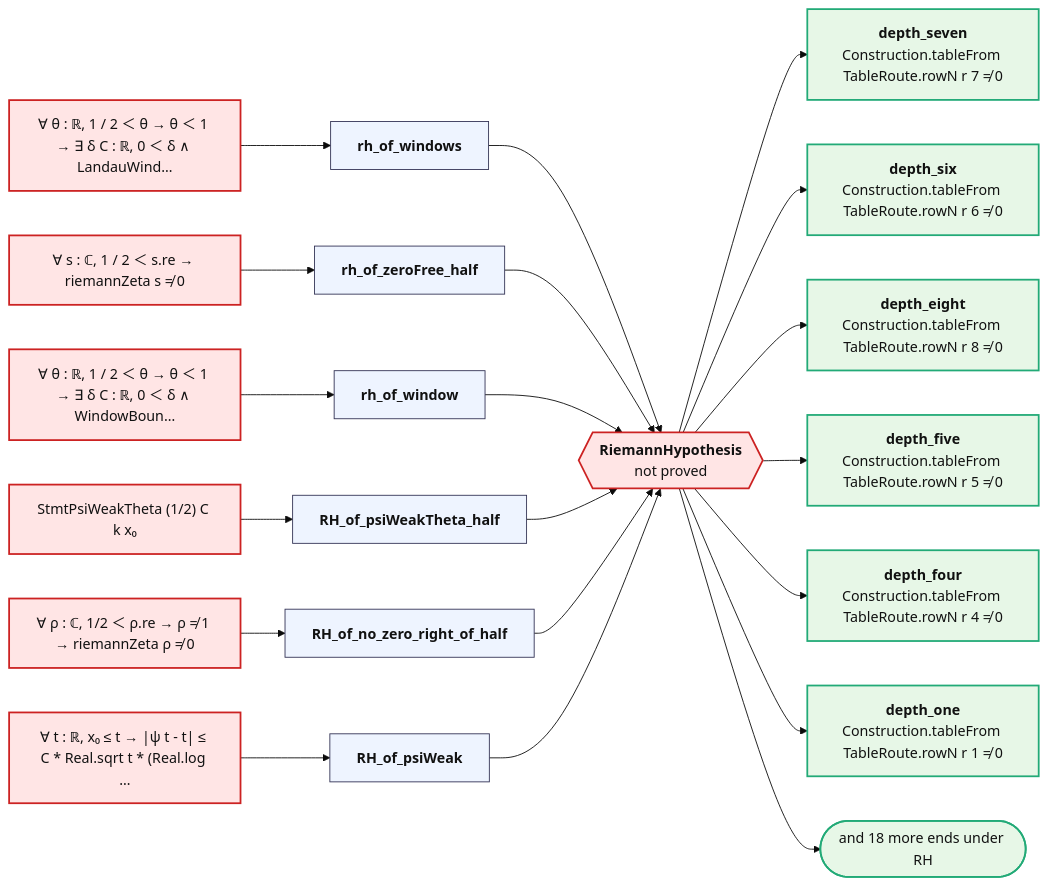
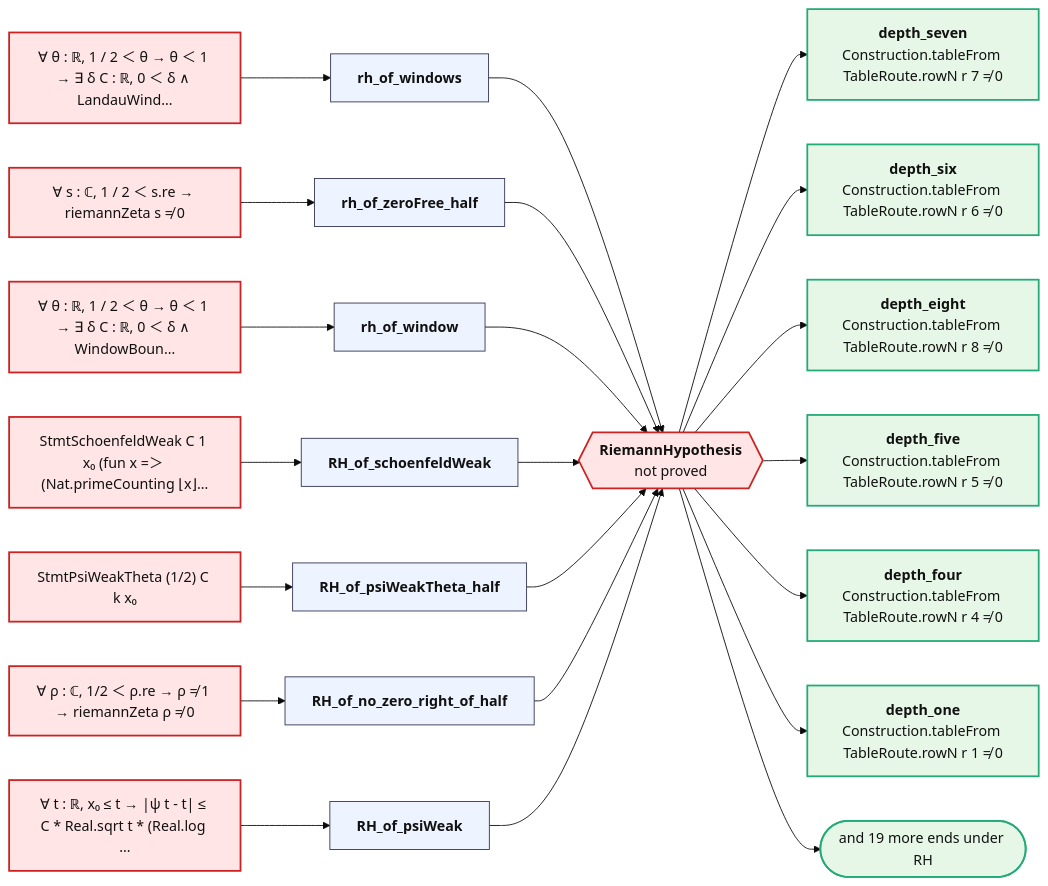
One commit to juliansambranojr/Primebeat_081426 changed the diagram in map/ROAD.md. Above: the diagram before and after it, drawn with Mermaid (base theme). The commit also changed other lines of this file and 54 other files, not shown here.

First line of the commit message:
PiToPsi.lean, CellResidual.lean: RH holds exactly when every cell's residual, on every dyadic ladder, stays at square-root size (RH_iff_cells); RH is the square-root bound on pi minus Li (RH_iff_schoenfeldWeak); forward on the table itself (table_cell_resid); joint T5 SEALED; units 0427, 0428 logged

````diff
--- a/map/ROAD.md
+++ b/map/ROAD.md
@@ -5,41 +5,44 @@
 ```mermaid
 flowchart LR
   rh{{"<b>RiemannHypothesis</b><br/>not proved"}}:::bad
   p0["∀ θ : ℝ, 1 / 2 ＜ θ → θ ＜ 1 → ∃ δ C : ℝ, 0 ＜ δ ∧ LandauWind…"]:::bad
   t0["<b>rh_of_windows</b>"]:::thm
   p0 --> t0 --> rh
   p1["∀ s : ℂ, 1 / 2 ＜ s.re → riemannZeta s ≠ 0"]:::bad
   t1["<b>rh_of_zeroFree_half</b>"]:::thm
   p1 --> t1 --> rh
   p2["∀ θ : ℝ, 1 / 2 ＜ θ → θ ＜ 1 → ∃ δ C : ℝ, 0 ＜ δ ∧ WindowBoun…"]:::bad
   t2["<b>rh_of_window</b>"]:::thm
   p2 --> t2 --> rh
-  p3["StmtPsiWeakTheta (1/2) C k x₀"]:::bad
-  t3["<b>RH_of_psiWeakTheta_half</b>"]:::thm
+  p3["StmtSchoenfeldWeak C 1 x₀ (fun x =＞ (Nat.primeCounting ⌊x⌋…"]:::bad
+  t3["<b>RH_of_schoenfeldWeak</b>"]:::thm
   p3 --> t3 --> rh
-  p4["∀ ρ : ℂ, 1/2 ＜ ρ.re → ρ ≠ 1 → riemannZeta ρ ≠ 0"]:::bad
-  t4["<b>RH_of_no_zero_right_of_half</b>"]:::thm
+  p4["StmtPsiWeakTheta (1/2) C k x₀"]:::bad
+  t4["<b>RH_of_psiWeakTheta_half</b>"]:::thm
   p4 --> t4 --> rh
-  p5["∀ t : ℝ, x₀ ≤ t → |ψ t - t| ≤ C * Real.sqrt t * (Real.log …"]:::bad
-  t5["<b>RH_of_psiWeak</b>"]:::thm
+  p5["∀ ρ : ℂ, 1/2 ＜ ρ.re → ρ ≠ 1 → riemannZeta ρ ≠ 0"]:::bad
+  t5["<b>RH_of_no_zero_right_of_half</b>"]:::thm
   p5 --> t5 --> rh
+  p6["∀ t : ℝ, x₀ ≤ t → |ψ t - t| ≤ C * Real.sqrt t * (Real.log …"]:::bad
+  t6["<b>RH_of_psiWeak</b>"]:::thm
+  p6 --> t6 --> rh
   e0["<b>depth_seven</b><br/>Construction.tableFrom TableRoute.rowN r 7 ≠ 0"]:::end_
   rh --> e0
   e1["<b>depth_six</b><br/>Construction.tableFrom TableRoute.rowN r 6 ≠ 0"]:::end_
   rh --> e1
   e2["<b>depth_eight</b><br/>Construction.tableFrom TableRoute.rowN r 8 ≠ 0"]:::end_
   rh --> e2
   e3["<b>depth_five</b><br/>Construction.tableFrom TableRoute.rowN r 5 ≠ 0"]:::end_
   rh --> e3
   e4["<b>depth_four</b><br/>Construction.tableFrom TableRoute.rowN r 4 ≠ 0"]:::end_
   rh --> e4
   e5["<b>depth_one</b><br/>Construction.tableFrom TableRoute.rowN r 1 ≠ 0"]:::end_
   rh --> e5
-  more(["and 18 more ends under RH"]):::end_
+  more(["and 19 more ends under RH"]):::end_
   rh --> more
   classDef thm fill:#eef4ff,stroke:#335,color:#111
   classDef end_ fill:#e7f7e7,stroke:#2a7,color:#111,stroke-width:2px
   classDef lone fill:#fff,stroke:#999,color:#111,stroke-dasharray:4 3
   classDef bad fill:#ffe5e5,stroke:#c22,color:#111,stroke-width:2px
   classDef ext fill:#fff8e1,stroke:#b80,color:#111
 ```
````
